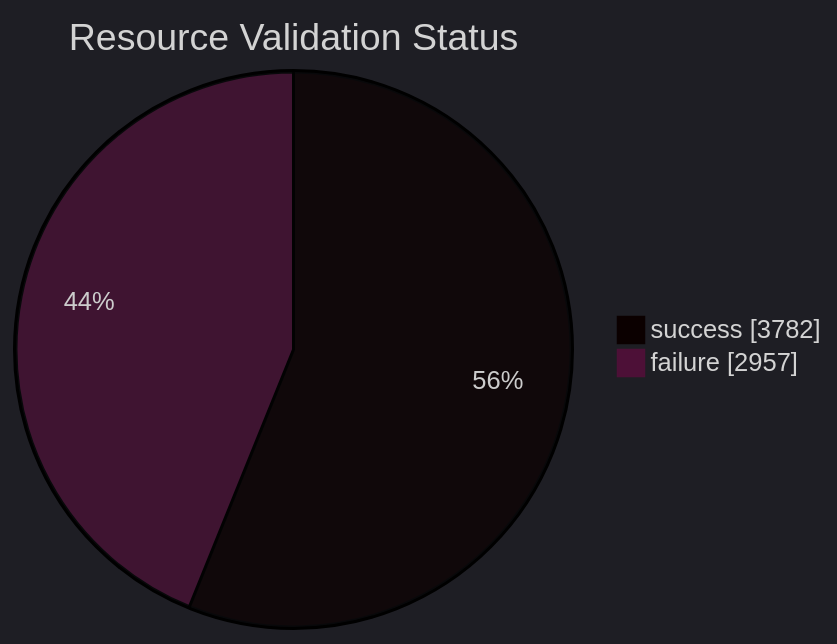
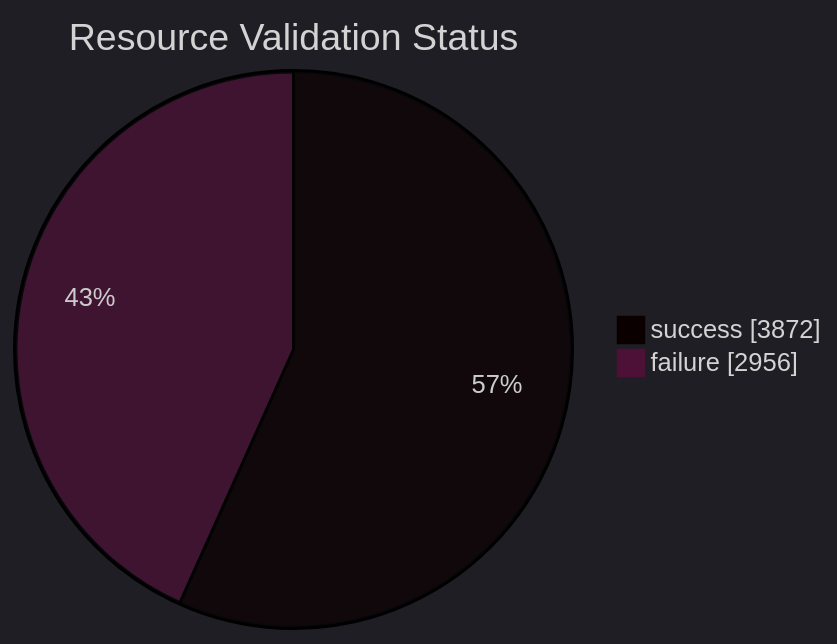
Before and after one commit to open-data/analytics-corporate-reporting: the diagram in datastore_tracker/resource_validation_status_pie_chart.md, drawn with Mermaid. The commit also changed 9 other files, not shown here.

````diff
--- a/datastore_tracker/resource_validation_status_pie_chart.md
+++ b/datastore_tracker/resource_validation_status_pie_chart.md
@@ -2,9 +2,9 @@
 ```mermaid
 ---
 config:
   theme: dark
 ---
 pie showData title Resource Validation Status
-    "success": 3782
-    "failure": 2957
+    "success": 3872
+    "failure": 2956
 ```
````
